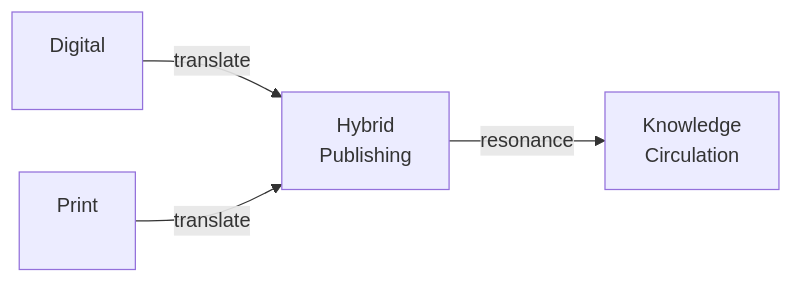
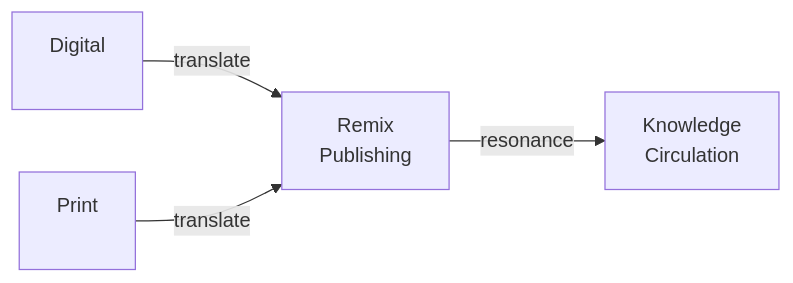
One commit to munusshih/source-code-print changed the first of 4 diagrams in src/pages/about.md. Above: the diagram before and after it, drawn with Mermaid. The commit also changed 55 other files, not shown here.

````diff
--- a/src/pages/about.md
+++ b/src/pages/about.md
@@ -15,6 +15,6 @@
 ```mermaid
 graph LR
-  A["Digital<br/><br/>"] -->|translate| B["Hybrid<br/>Publishing<br/>"]
+  A["Digital<br/><br/>"] -->|translate| B["Remix<br/>Publishing<br/>"]
   C["Print<br/><br/>"] -->|translate| B
   B -->|resonance| D["Knowledge<br/>Circulation<br/>"]
 ```
````
